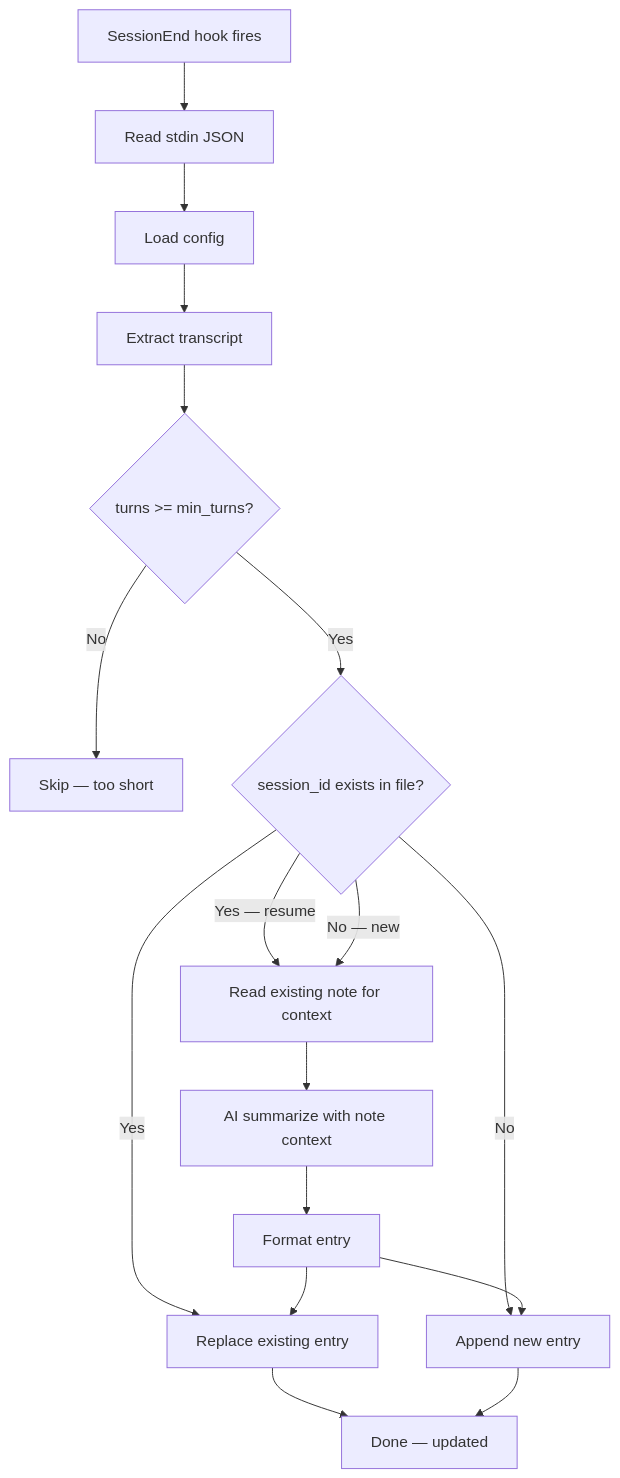
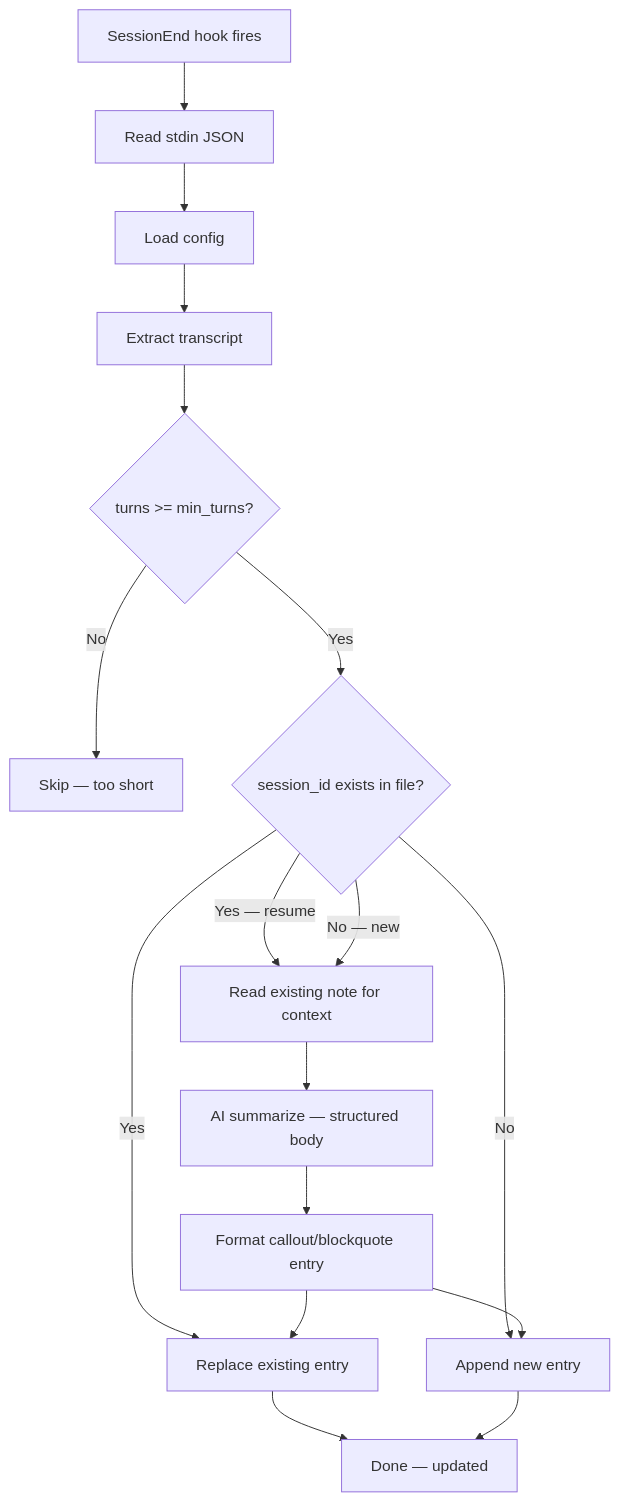
One commit to djimontyp/djdev-workshop changed the diagram in plugins/claude-session-digest/README.md. Above: the diagram before and after it, drawn with Mermaid. The commit also changed other lines of this file and 7 other files, not shown here.

````diff
--- a/plugins/claude-session-digest/README.md
+++ b/plugins/claude-session-digest/README.md
@@ -30,19 +9,19 @@
 ```mermaid
 flowchart TD
     A[SessionEnd hook fires] --> B[Read stdin JSON]
     B --> C[Load config]
     C --> D[Extract transcript]
     D --> E{turns >= min_turns?}
     E -->|No| F[Skip — too short]
     E -->|Yes| G{session_id exists in file?}
     G -->|Yes — resume| H[Read existing note for context]
     G -->|No — new| H
-    H --> I[AI summarize with note context]
-    I --> J[Format entry]
+    H --> I[AI summarize — structured body]
+    I --> J[Format callout/blockquote entry]
     G -->|Yes| K[Replace existing entry]
     G -->|No| L[Append new entry]
     J --> K
     J --> L
     K --> M[Done — updated]
     L --> M
 ```
````
